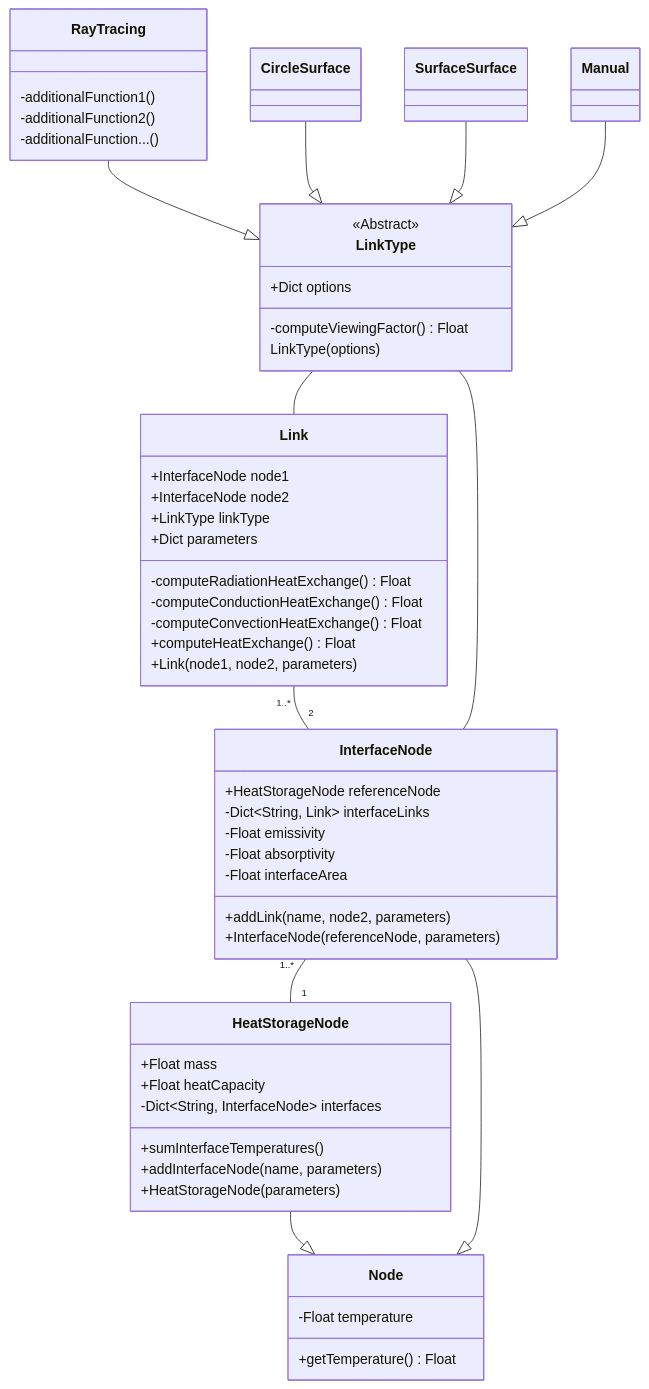
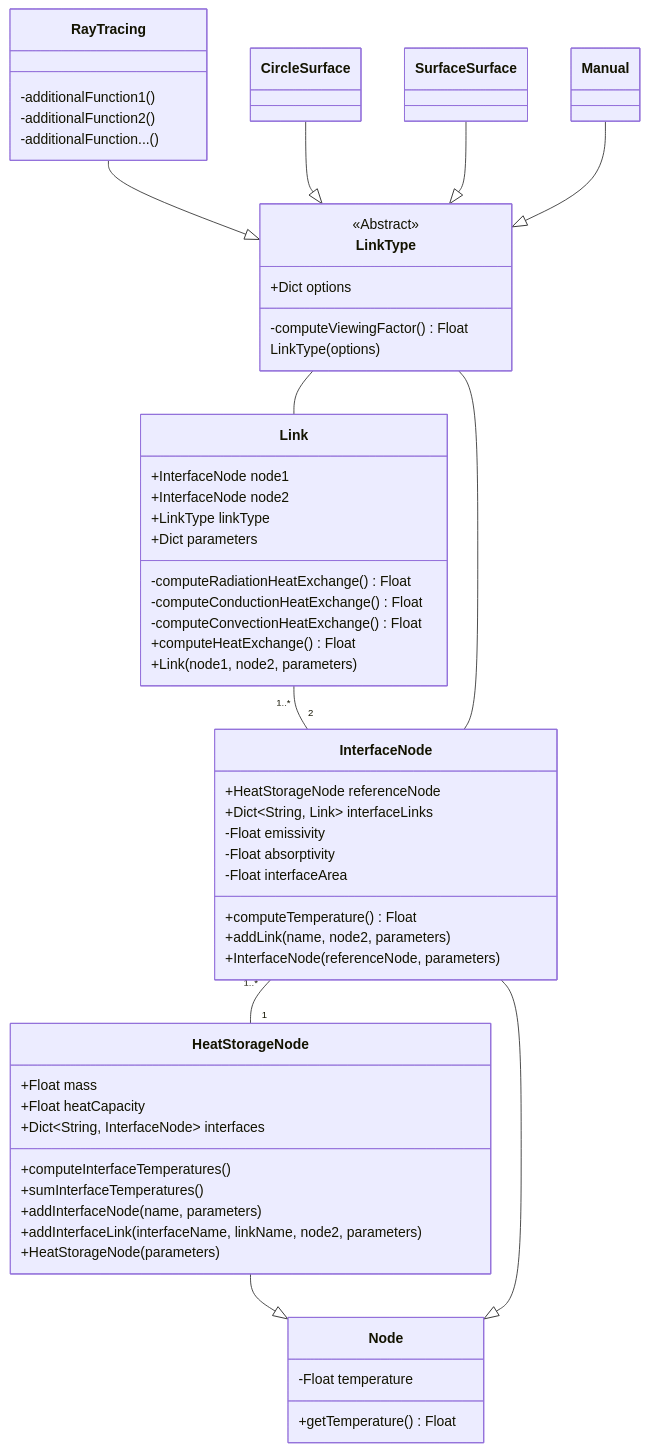
Before and after one commit to niveK77pur/ISM-Thermal-Model: the diagram in class-diagram/class-diagram.mmd, drawn with Mermaid. The commit also changed 1 other file, not shown here.

Commit message:
update class diagram with missing methods

```diff
--- a/class-diagram/class-diagram.mmd
+++ b/class-diagram/class-diagram.mmd
@@ -1,68 +1,71 @@
 classDiagram
 
 
 class Node {
     -Float temperature
     +getTemperature() Float
 }
 
 class HeatStorageNode {
     +Float mass
     +Float heatCapacity
-    -Dict~String, InterfaceNode~ interfaces
+    +Dict~String, InterfaceNode~ interfaces
+    +computeInterfaceTemperatures()
     +sumInterfaceTemperatures()
     +addInterfaceNode(name, parameters)
+    +addInterfaceLink(interfaceName, linkName, node2, parameters)
     +HeatStorageNode(parameters)
 }
 
 class InterfaceNode {
     +HeatStorageNode referenceNode
-    -Dict~String, Link~ interfaceLinks
+    +Dict~String, Link~ interfaceLinks
     -Float emissivity
     -Float absorptivity
     -Float interfaceArea
+    +computeTemperature() Float
     +addLink(name, node2, parameters)
     +InterfaceNode(referenceNode, parameters)
 }
 
 class Link {
     +InterfaceNode node1
     +InterfaceNode node2
     +LinkType linkType
     +Dict parameters
     -computeRadiationHeatExchange() Float
     -computeConductionHeatExchange() Float
     -computeConvectionHeatExchange() Float
     +computeHeatExchange() Float
     +Link(node1, node2, parameters)
 }
 
 
 class LinkType {
     <<Abstract>>
     +Dict options
     -computeViewingFactor() Float
     LinkType(options)
 }
 
 class RayTracing {
     -additionalFunction1()
     -additionalFunction2()
     -additionalFunction...()
 }
 
 
 HeatStorageNode --|> Node
 InterfaceNode --|> Node
 
 RayTracing --|> LinkType
 CircleSurface --|> LinkType
 SurfaceSurface --|> LinkType
 Manual --|> LinkType
 
 Link "1..*" -- "2" InterfaceNode
 
 InterfaceNode "1..*" -- "1" HeatStorageNode
 
 LinkType -- Link
 LinkType -- InterfaceNode
```
